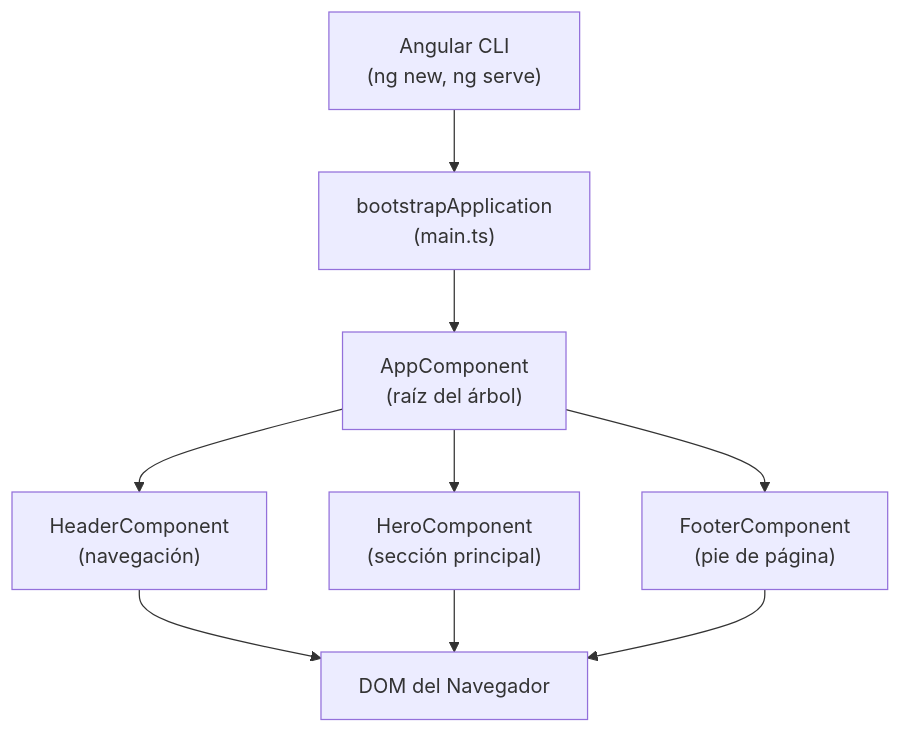
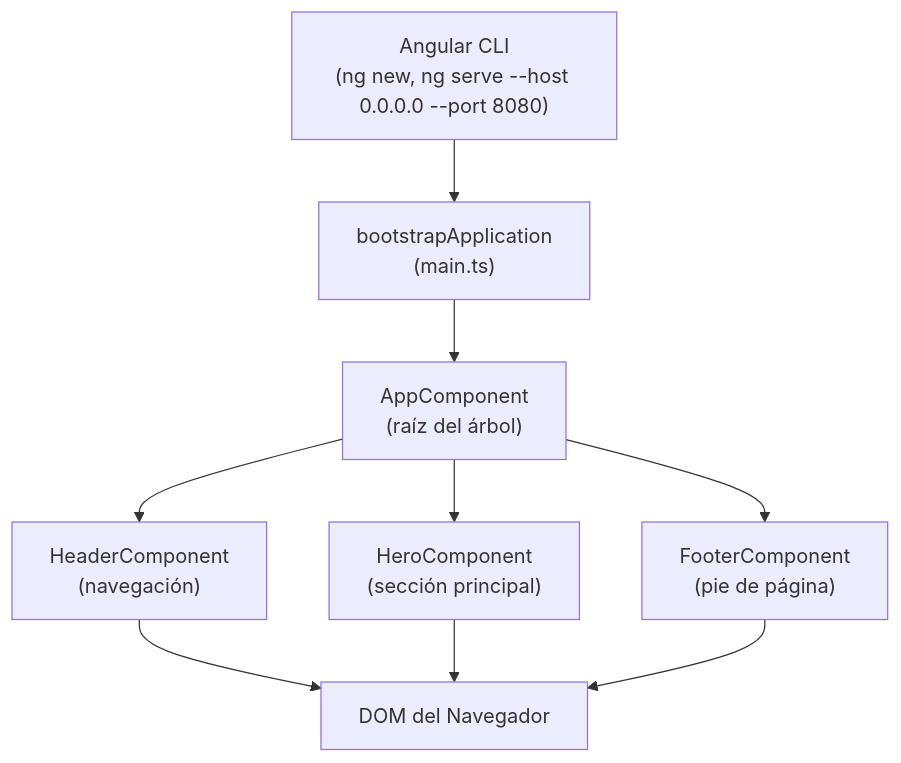
The diagram in 02-intro-angular/README.md (edgardo001/angular-mastery-roadmap), drawn with Mermaid before and after one commit. The commit also changed other lines of this file and 105 other files, not shown here.

Commit message:
feat: update ng serve command to bind to all interfaces and change port to 8080 across multiple projects

````diff
--- a/02-intro-angular/README.md
+++ b/02-intro-angular/README.md
@@ -11,11 +11,11 @@
 ```mermaid
 flowchart TB
-    CLI["Angular CLI\n(ng new, ng serve)"] --> BOOT["bootstrapApplication\n(main.ts)"]
+    CLI["Angular CLI\n(ng new, ng serve --host 0.0.0.0 --port 8080)"] --> BOOT["bootstrapApplication\n(main.ts)"]
     BOOT --> ROOT["AppComponent\n(raíz del árbol)"]
     ROOT --> HDR["HeaderComponent\n(navegación)"]
     ROOT --> HERO["HeroComponent\n(sección principal)"]
     ROOT --> FTR["FooterComponent\n(pie de página)"]
     HDR --> DOM["DOM del Navegador"]
     HERO --> DOM
     FTR --> DOM
 ```
````
